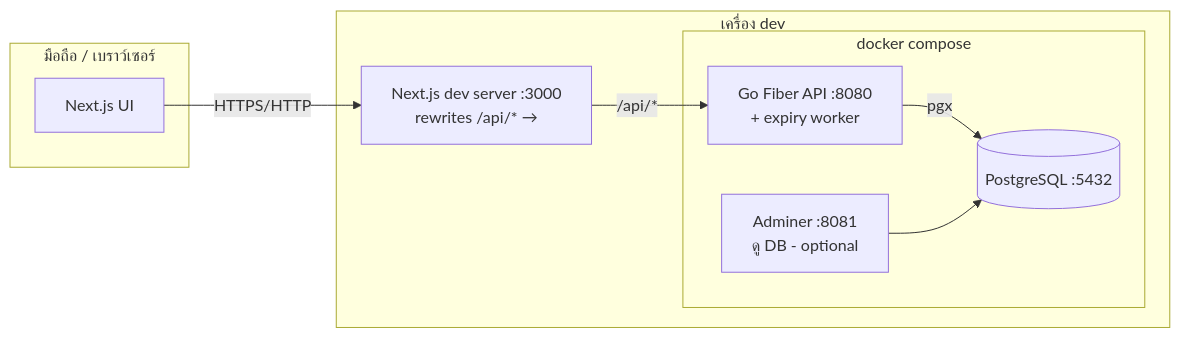
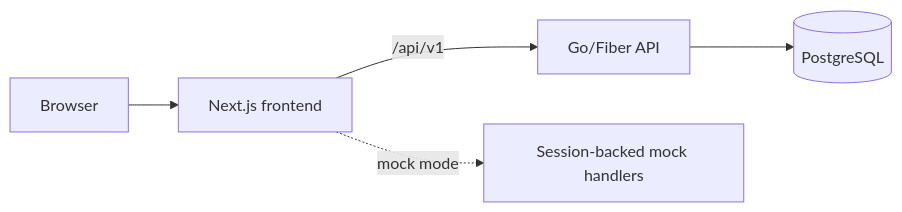
The diagram in docs/03-architecture.md (suphanatchanlek30/KBTG-Kampus-Hackathon-2026-Intern-Edition), drawn with Mermaid before and after one commit. The commit also changed other lines of this file and 222 other files, not shown here.

````diff
--- a/docs/03-architecture.md
+++ b/docs/03-architecture.md
@@ -46,18 +5,7 @@
 ```mermaid
 flowchart LR
-  subgraph Phone["มือถือ / เบราว์เซอร์"]
-    UI[Next.js UI]
-  end
-  subgraph Host["เครื่อง dev"]
-    NX[Next.js dev server :3000<br/>rewrites /api/* →]
-    subgraph Docker["docker compose"]
-      API[Go Fiber API :8080<br/>+ expiry worker]
-      PG[(PostgreSQL :5432)]
-      ADM[Adminer :8081<br/>ดู DB - optional]
-    end
-  end
-  UI -->|HTTPS/HTTP| NX
-  NX -->|/api/*| API
-  API -->|pgx| PG
-  ADM --> PG
+  Browser[Browser] --> Next[Next.js frontend]
+  Next -->|/api/v1| API[Go/Fiber API]
+  API --> DB[(PostgreSQL)]
+  Next -. mock mode .-> Mock[Session-backed mock handlers]
 ```
````
